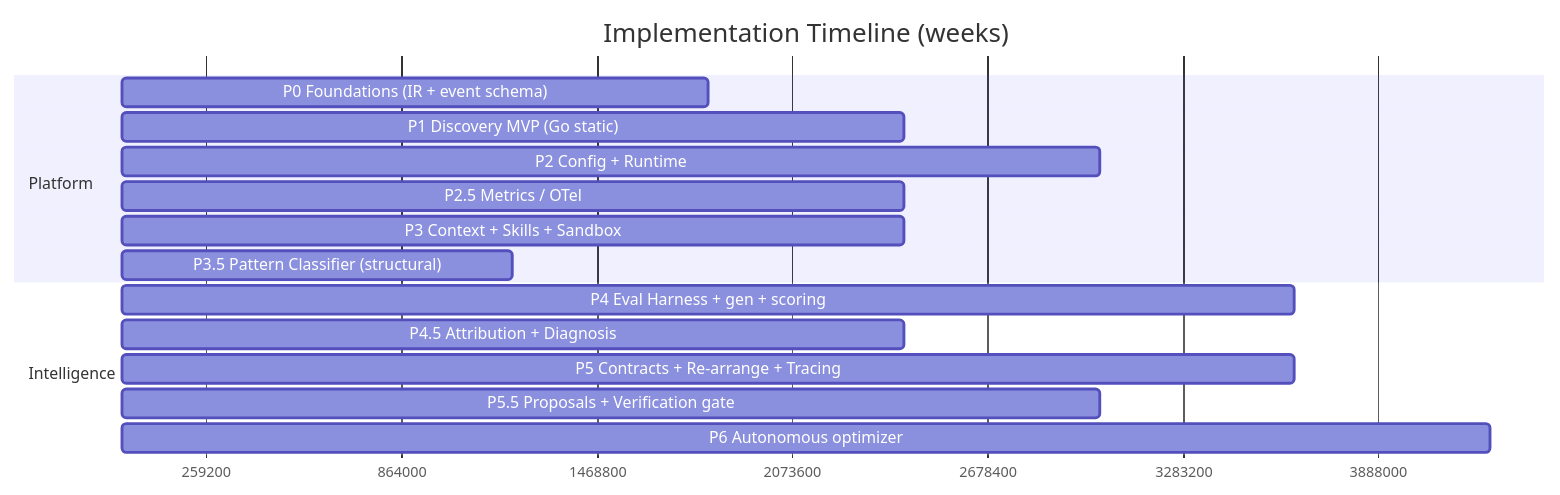
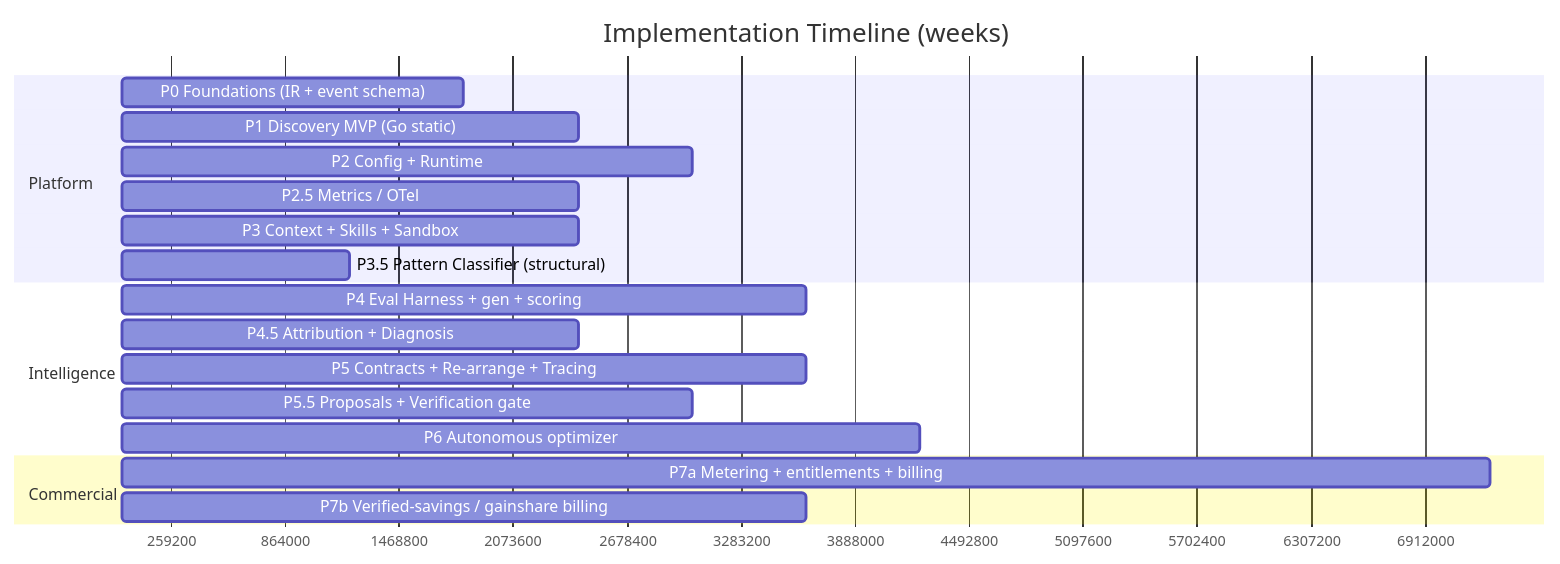
One commit to damonleelcx/heros-agent changed the third of 3 diagrams in docs/implementation-timeline/README.md. Above: the diagram before and after it, drawn with Mermaid. The commit also changed other lines of this file and 11 other files, not shown here.

First line of the commit message:
docs: add P7 billing/metering/entitlements + commercial model integration

````diff
--- a/docs/implementation-timeline/README.md
+++ b/docs/implementation-timeline/README.md
@@ -114,19 +133,22 @@
 ```mermaid
 gantt
   title Implementation Timeline (weeks)
   dateFormat X
   axisFormat %s
   section Platform
   P0 Foundations (IR + event schema)      :p0, 0, 3w
   P1 Discovery MVP (Go static)            :p1, 3, 4w
   P2 Config + Runtime                     :p2, 6, 5w
   P2.5 Metrics / OTel                     :p25, 9, 4w
   P3 Context + Skills + Sandbox           :p3, 12, 4w
   P3.5 Pattern Classifier (structural)    :p35, 15, 2w
   section Intelligence
   P4 Eval Harness + gen + scoring         :p4, 16, 6w
   P4.5 Attribution + Diagnosis            :p45, 21, 4w
   P5 Contracts + Re-arrange + Tracing     :p5, 24, 6w
   P5.5 Proposals + Verification gate      :p55, 29, 5w
   P6 Autonomous optimizer                 :p6, 33, 7w
+  section Commercial
+  P7a Metering + entitlements + billing   :p7a, 22, 12w
+  P7b Verified-savings / gainshare billing:p7b, 34, 6w
 ```
````
